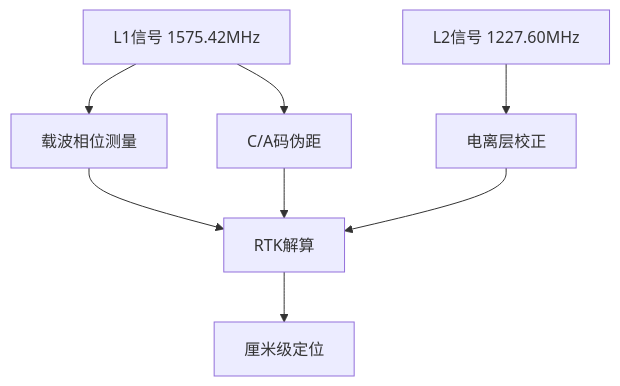
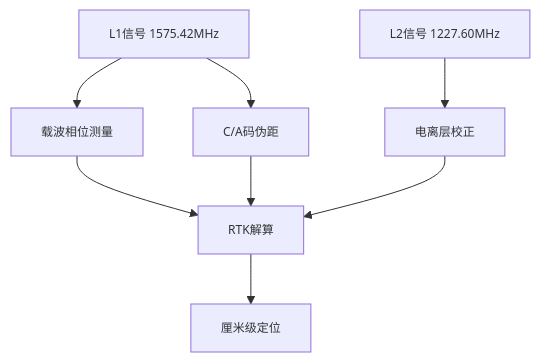
Before and after one commit to wigennn/fpv_doc: the first of 3 diagrams in hardware/gps.md, drawn with Mermaid. The commit also changed other lines of this file and 67 other files, not shown here.

````diff
--- a/hardware/gps.md
+++ b/hardware/gps.md
@@ -17,10 +17,11 @@
 ```mermaid
+%%{init: {'themeVariables': { 'fontSize': '12px' }}}%%
 graph TD
     A[L1信号 1575.42MHz] --> B[载波相位测量]
     A --> C[C/A码伪距]
     D[L2信号 1227.60MHz] --> E[电离层校正]
     B --> F[RTK解算]
     C --> F
     E --> F
     F --> G[厘米级定位]
 ```
````
